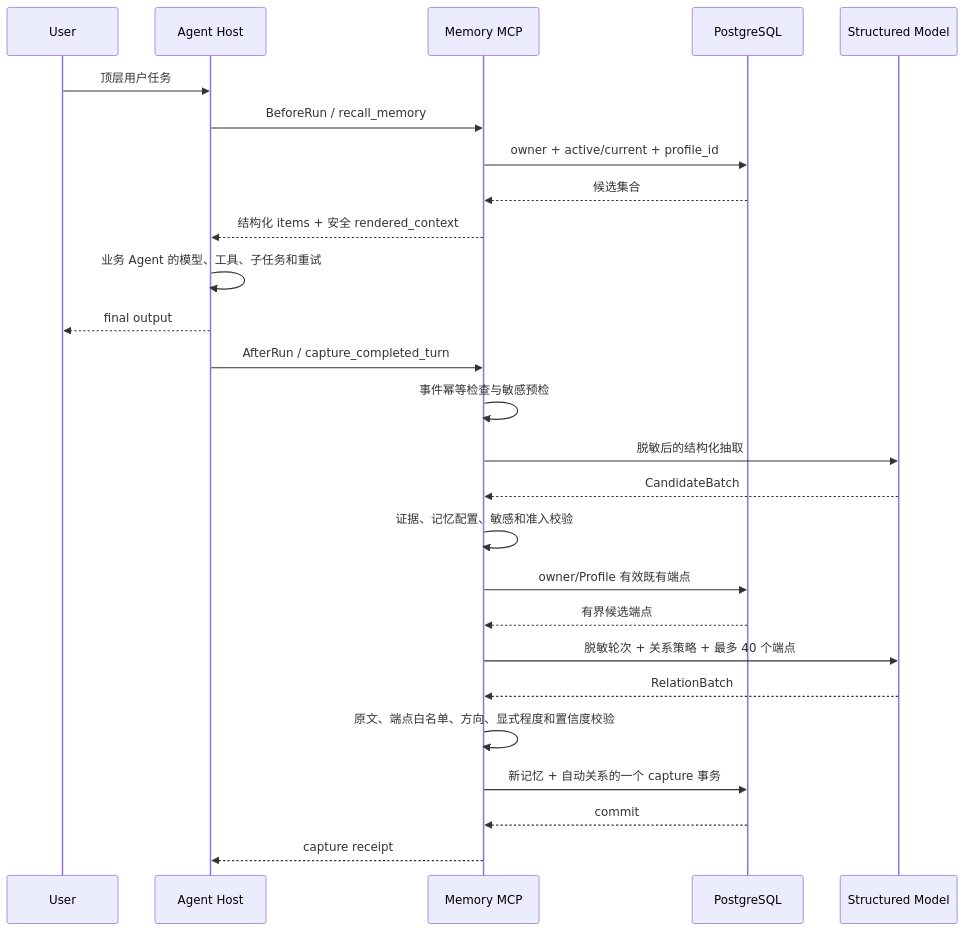
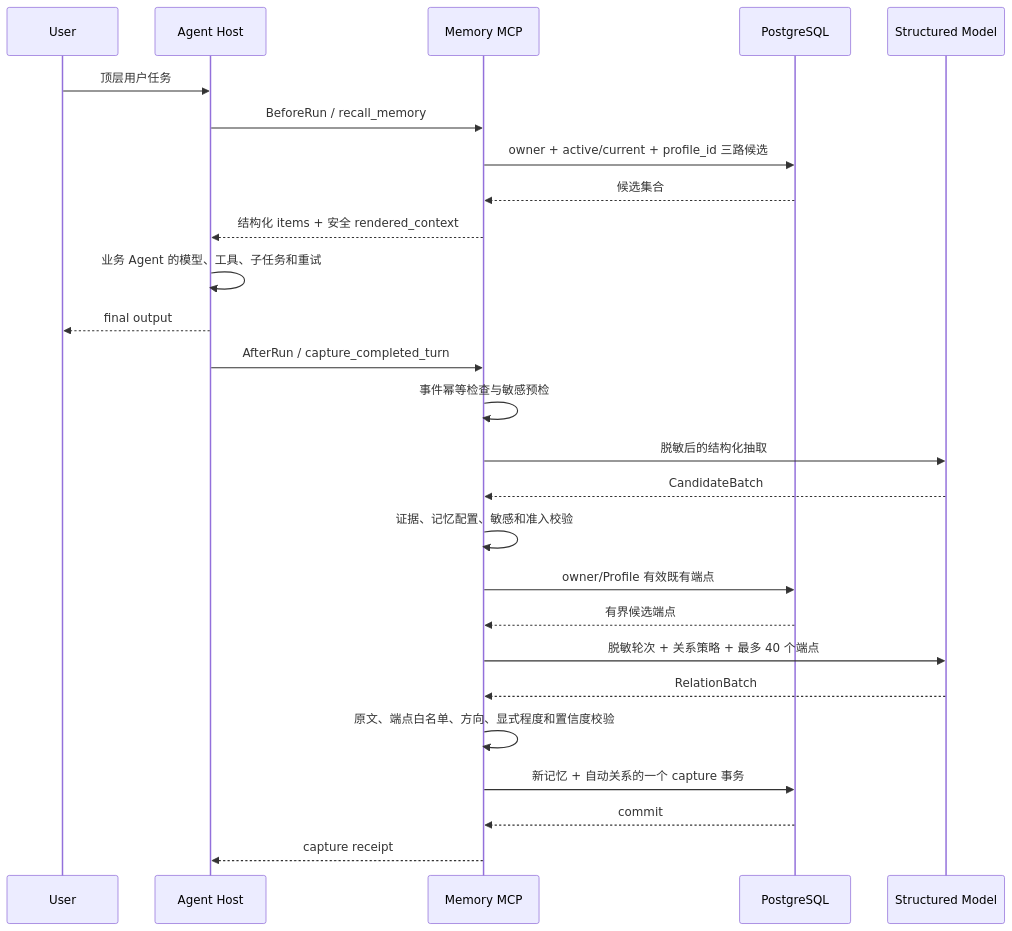
Before and after one commit to dxiaosen/memory-mcp: the third of 11 diagrams in docs/design.md, drawn with Mermaid. The commit also changed other lines of this file and 13 other files, not shown here.

````diff
--- a/docs/design.md
+++ b/docs/design.md
@@ -104,29 +102,28 @@
 ```mermaid
 sequenceDiagram
     participant U as User
     participant H as Agent Host
     participant M as Memory MCP
     participant D as PostgreSQL
     participant L as Structured Model
-
     U->>H: 顶层用户任务
     H->>M: BeforeRun / recall_memory
-    M->>D: owner + active/current + profile_id
+    M->>D: owner + active/current + profile_id 三路候选
     D-->>M: 候选集合
     M-->>H: 结构化 items + 安全 rendered_context
     H->>H: 业务 Agent 的模型、工具、子任务和重试
     H-->>U: final output
     H->>M: AfterRun / capture_completed_turn
     M->>M: 事件幂等检查与敏感预检
     M->>L: 脱敏后的结构化抽取
     L-->>M: CandidateBatch
     M->>M: 证据、记忆配置、敏感和准入校验
     M->>D: owner/Profile 有效既有端点
     D-->>M: 有界候选端点
     M->>L: 脱敏轮次 + 关系策略 + 最多 40 个端点
     L-->>M: RelationBatch
     M->>M: 原文、端点白名单、方向、显式程度和置信度校验
     M->>D: 新记忆 + 自动关系的一个 capture 事务
     D-->>M: commit
     M-->>H: capture receipt
 ```
````
